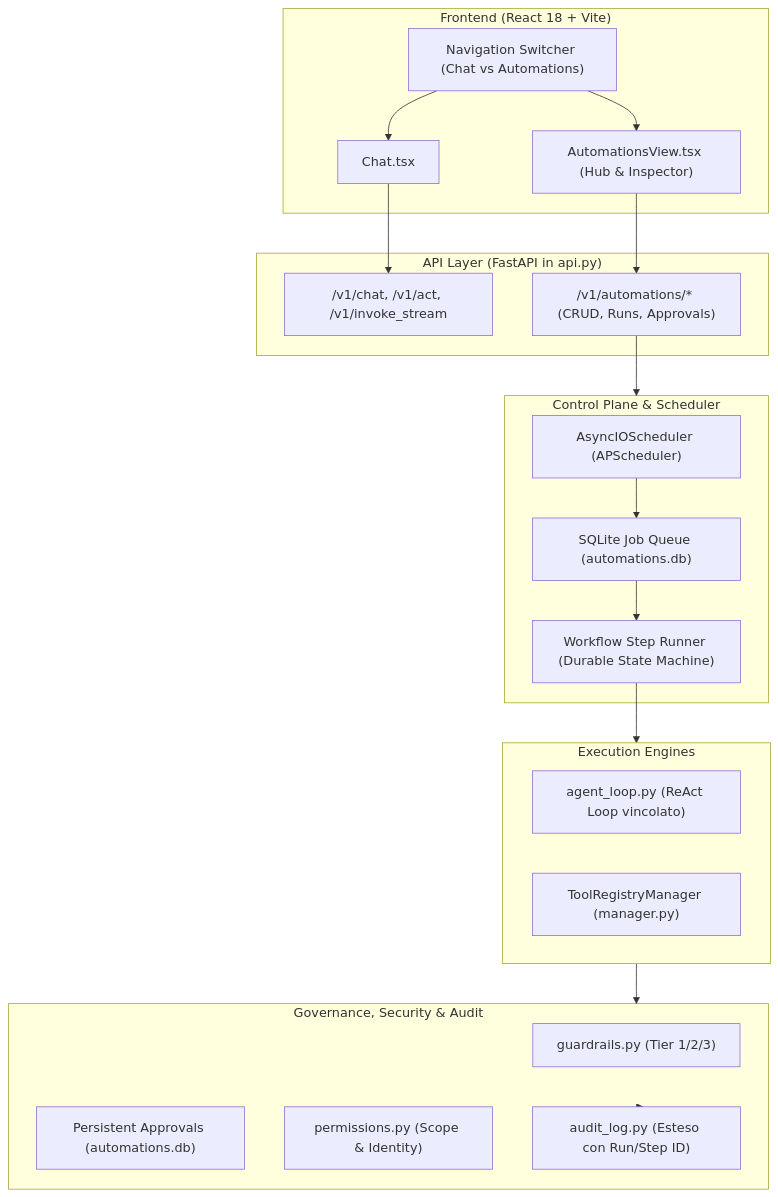
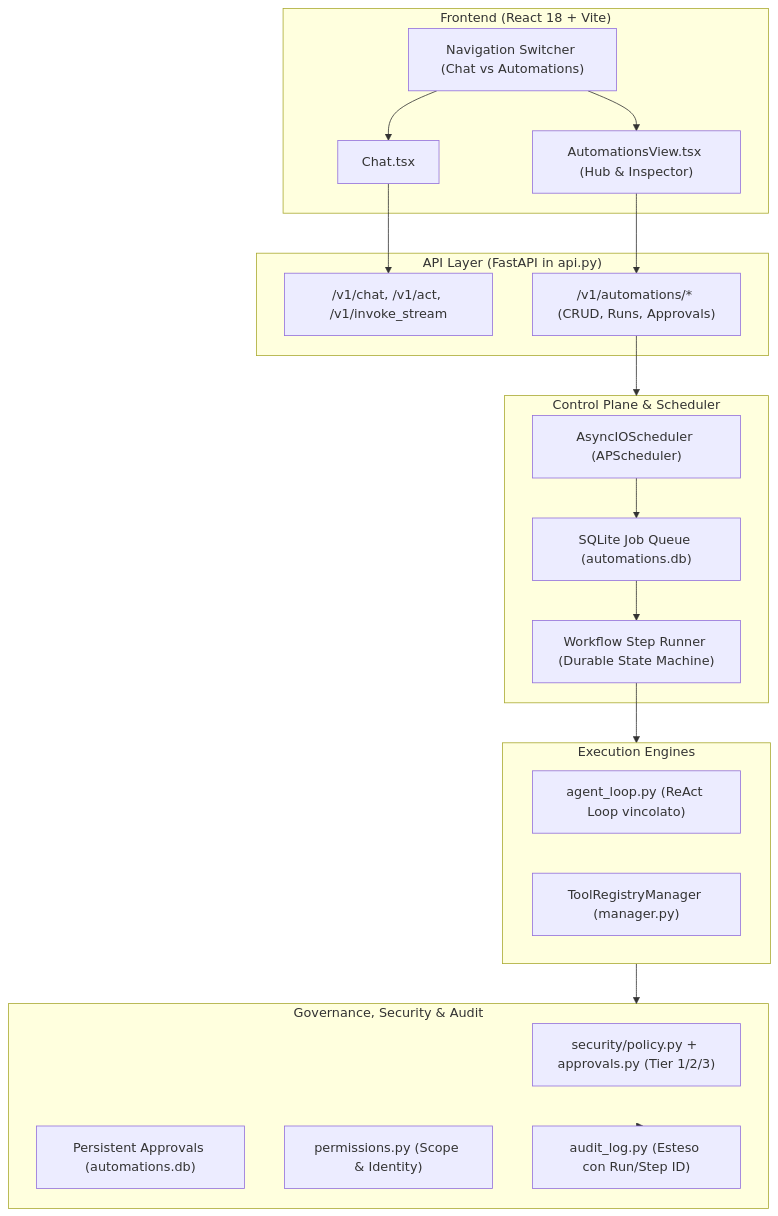
The first of 4 diagrams in docs/automations/ARCHITECTURE.md (DevGiov/homelab-agent), drawn with Mermaid before and after one commit. The commit also changed other lines of this file and 5 other files, not shown here.

````diff
--- a/docs/automations/ARCHITECTURE.md
+++ b/docs/automations/ARCHITECTURE.md
@@ -29,42 +29,42 @@
 ```mermaid
 graph TD
     subgraph Frontend ["Frontend (React 18 + Vite)"]
         UI_Nav["Navigation Switcher (Chat vs Automations)"]
         ChatView["Chat.tsx"]
         AutoView["AutomationsView.tsx (Hub & Inspector)"]
     end
 
     subgraph API_Layer ["API Layer (FastAPI in api.py)"]
         ChatEndpoints["/v1/chat, /v1/act, /v1/invoke_stream"]
         AutoEndpoints["/v1/automations/* (CRUD, Runs, Approvals)"]
     end
 
     subgraph Control_Plane ["Control Plane & Scheduler"]
         Scheduler["AsyncIOScheduler (APScheduler)"]
         Queue["SQLite Job Queue (automations.db)"]
         StepRunner["Workflow Step Runner (Durable State Machine)"]
     end
 
     subgraph Execution_Engines ["Execution Engines"]
         AgentLoop["agent_loop.py (ReAct Loop vincolato)"]
         DeterTools["ToolRegistryManager (manager.py)"]
     end
 
     subgraph Governance ["Governance, Security & Audit"]
-        Guardrails["guardrails.py (Tier 1/2/3)"]
+        Guardrails["security/policy.py + approvals.py (Tier 1/2/3)"]
         ApprovalStore["Persistent Approvals (automations.db)"]
         Permissions["permissions.py (Scope & Identity)"]
         AuditLog["audit_log.py (Esteso con Run/Step ID)"]
     end
 
     UI_Nav --> ChatView
     UI_Nav --> AutoView
     ChatView --> ChatEndpoints
     AutoView --> AutoEndpoints
     AutoEndpoints --> Control_Plane
     Scheduler --> Queue
     Queue --> StepRunner
     StepRunner --> Execution_Engines
     Execution_Engines --> Governance
     Governance --> AuditLog
 ```
````
